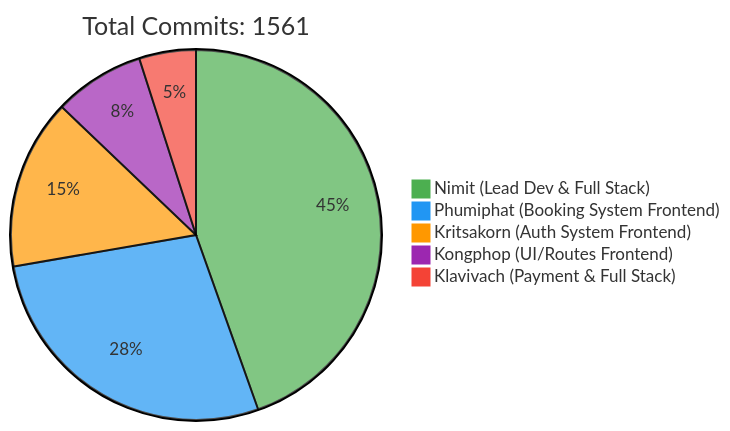
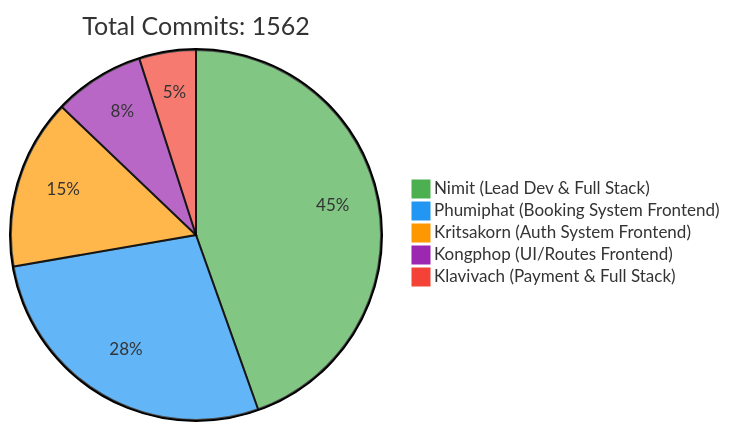
Before and after one commit to 6531503042/Sport-Complex: the first of 2 diagrams in README.md, drawn with Mermaid. The commit also changed other lines of this file, not shown here.

Commit message:
docs: Update contributor statistics [skip ci]

````diff
--- a/README.md
+++ b/README.md
@@ -257,10 +257,10 @@
 ```mermaid
 %%{init: {'theme': 'base', 'themeVariables': { 'pie1': '#4CAF50', 'pie2': '#2196F3', 'pie3': '#FF9800', 'pie4': '#9C27B0', 'pie5': '#F44336'}}}%%
 pie
-    title Total Commits: 1561
+    title Total Commits: 1562
     "Nimit (Lead Dev & Full Stack)" : 450
     "Phumiphat (Booking System Frontend)" : 280
     "Kritsakorn (Auth System Frontend)" : 150
     "Kongphop (UI/Routes Frontend)" : 80
     "Klavivach (Payment & Full Stack)" : 50
 ```
````
